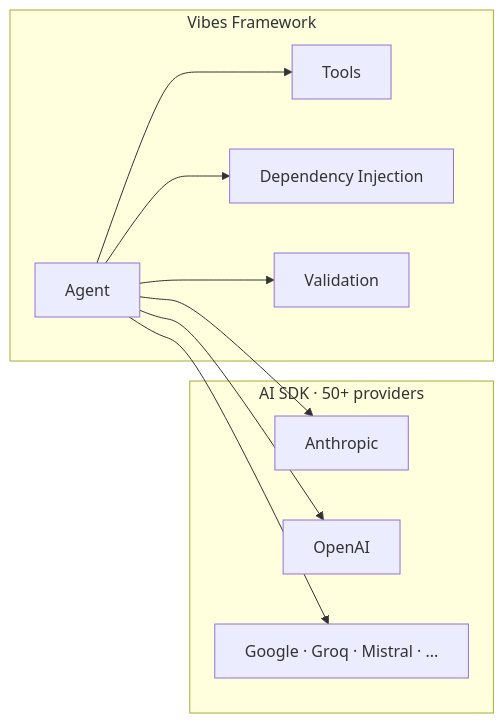
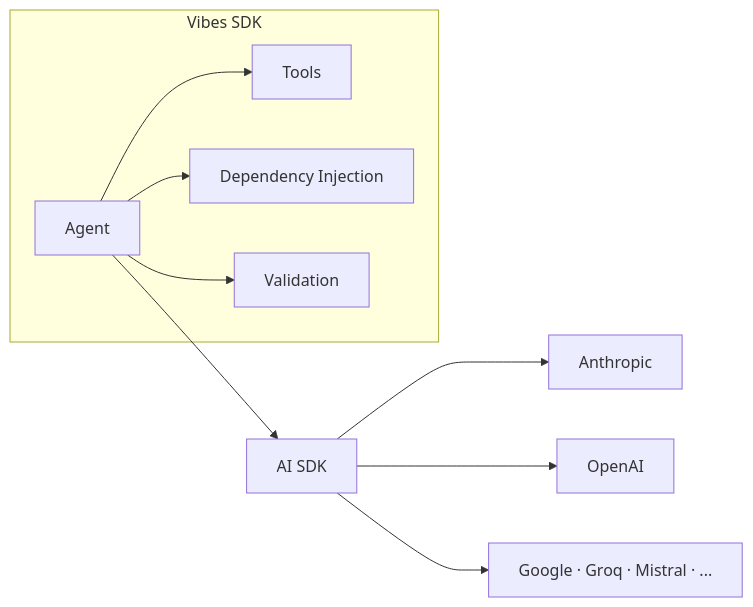
Before and after one commit to a7ul/vibes: the diagram in packages/sdk/docs/getting-started/install.mdx, drawn with Mermaid. The commit also changed other lines of this file and 29 other files, not shown here.

First line of the commit message:
docs: rename vibes-framework to vibes-sdk, update docs and workflow

````diff
--- a/packages/sdk/docs/getting-started/install.mdx
+++ b/packages/sdk/docs/getting-started/install.mdx
@@ -66,13 +66,12 @@
 ```mermaid
-graph LR
-    subgraph "Vibes Framework"
+flowchart LR
+    subgraph vibes["Vibes SDK"]
         Agent --> Tools
         Agent --> DI[Dependency Injection]
         Agent --> Validation
     end
-    subgraph "AI SDK · 50+ providers"
-        Agent --> Anthropic
-        Agent --> OpenAI
-        Agent --> More[Google · Groq · Mistral · ...]
-    end
+    Agent --> AISDK[AI SDK]
+    AISDK --> Anthropic
+    AISDK --> OpenAI
+    AISDK --> More[Google · Groq · Mistral · ...]
 ```
````
